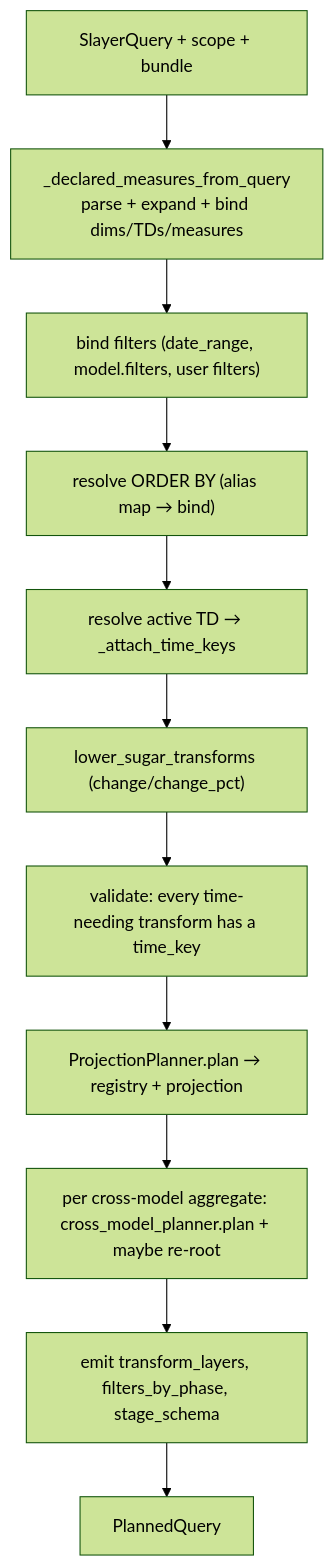
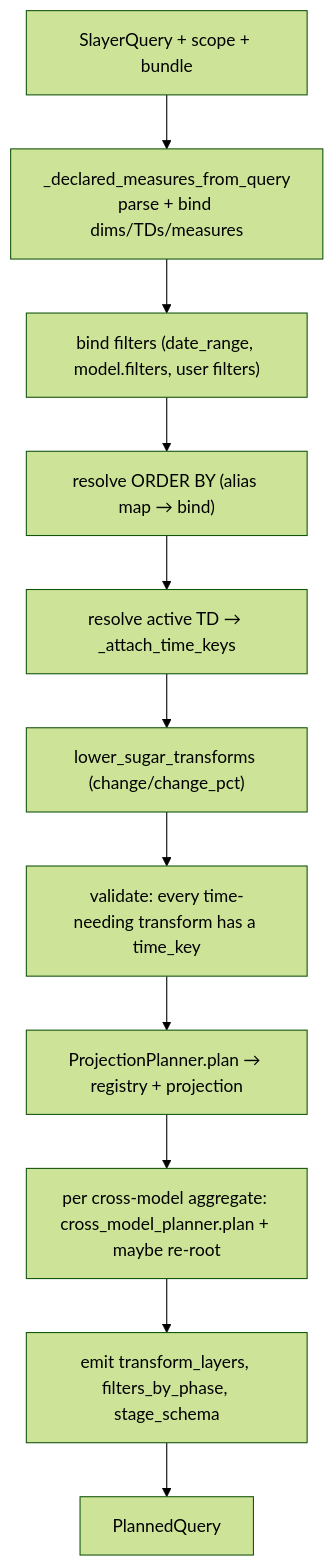
Before and after one commit to MotleyAI/slayer: the first of 2 diagrams in docs/architecture/stage-planning.md, drawn with Mermaid (forest theme). The commit also changed other lines of this file and 15 other files, not shown here.

````diff
--- a/docs/architecture/stage-planning.md
+++ b/docs/architecture/stage-planning.md
@@ -14,13 +14,13 @@
 ```mermaid
 flowchart TB
-    q["SlayerQuery + scope + bundle"] --> dm["_declared_measures_from_query<br/>parse + expand + bind dims/TDs/measures"]
+    q["SlayerQuery + scope + bundle"] --> dm["_declared_measures_from_query<br/>parse + bind dims/TDs/measures"]
     dm --> filt["bind filters (date_range, model.filters, user filters)"]
     filt --> ord["resolve ORDER BY (alias map → bind)"]
     ord --> td["resolve active TD → _attach_time_keys"]
     td --> sugar["lower_sugar_transforms (change/change_pct)"]
     sugar --> tval["validate: every time-needing transform has a time_key"]
     tval --> proj["ProjectionPlanner.plan → registry + projection"]
     proj --> cmp["per cross-model aggregate: cross_model_planner.plan + maybe re-root"]
     cmp --> emit["emit transform_layers, filters_by_phase, stage_schema"]
     emit --> pq["PlannedQuery"]
 ```
````
